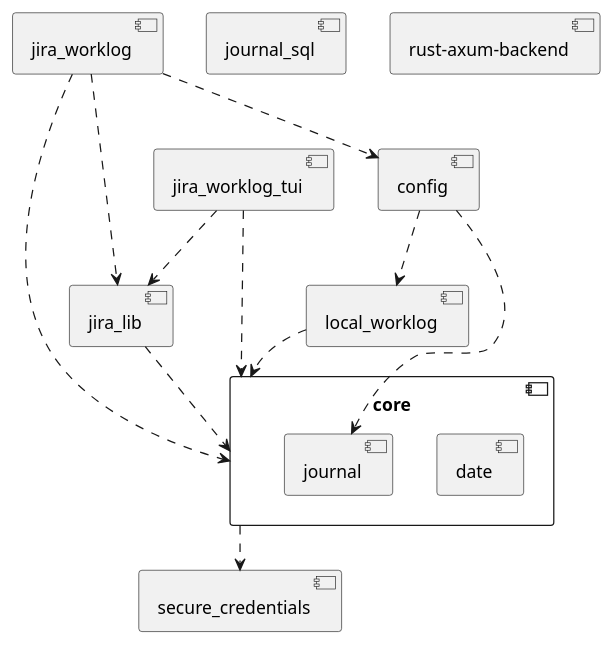
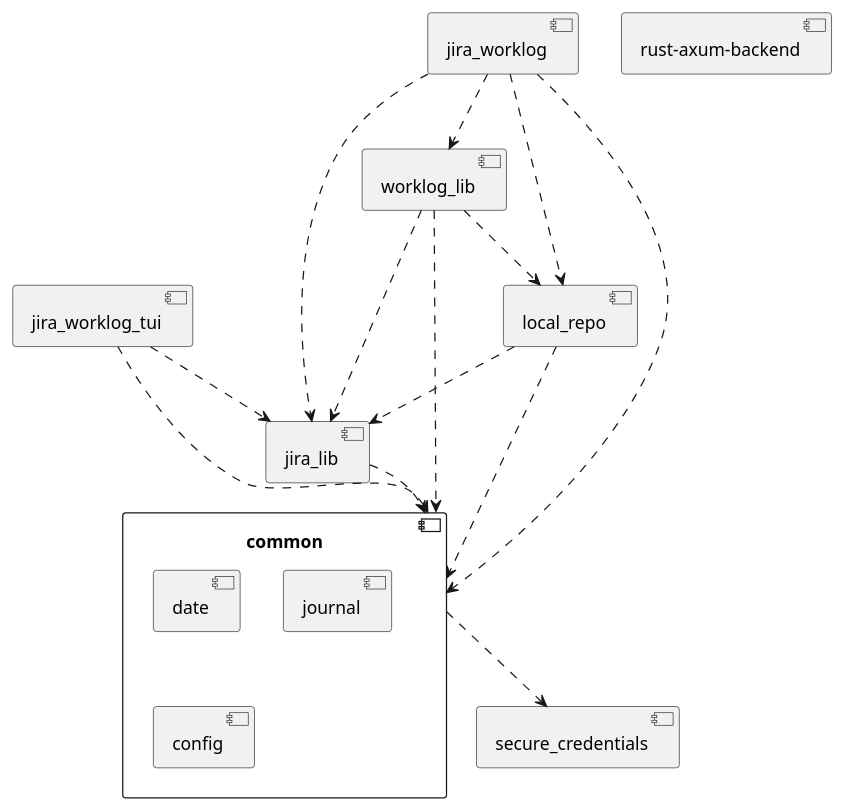
Before and after one commit to WorklogWiz/timesheet: the diagram in README.md, drawn with PlantUML. The commit also changed 1 other file, not shown here.

Commit message:
Fixed the UML component diagram

````diff
--- a/README.md
+++ b/README.md
@@ -39,28 +39,36 @@
 ```plantuml
-component core {
+component common {
     component date
     component journal
+    component config
 }
-component config
+
 component jira_lib
 component jira_worklog
 component jira_worklog_tui
-component journal_sql
-component local_worklog
+component local_repo
 component "rust-axum-backend" as Web
 component secure_credentials
+component worklog_lib
 
 jira_worklog ..> jira_lib
-jira_worklog ..> core
-jira_worklog ..> config
+jira_worklog ..> common
+jira_worklog ..> worklog_lib
+jira_worklog ..> local_repo
+
 jira_worklog_tui ..> jira_lib
-jira_worklog_tui ..> core
+jira_worklog_tui ..> common
 
-jira_lib ..> core
-core ..> secure_credentials
+local_repo ..> common
+local_repo ..> jira_lib
 
-local_worklog ..> core
+jira_lib ..> common
 
-config ..> local_worklog
-config ..> journal
+common ..> secure_credentials
+
+worklog_lib ..> common
+worklog_lib ..> jira_lib
+worklog_lib ..> local_repo
+
+
 ```
````
